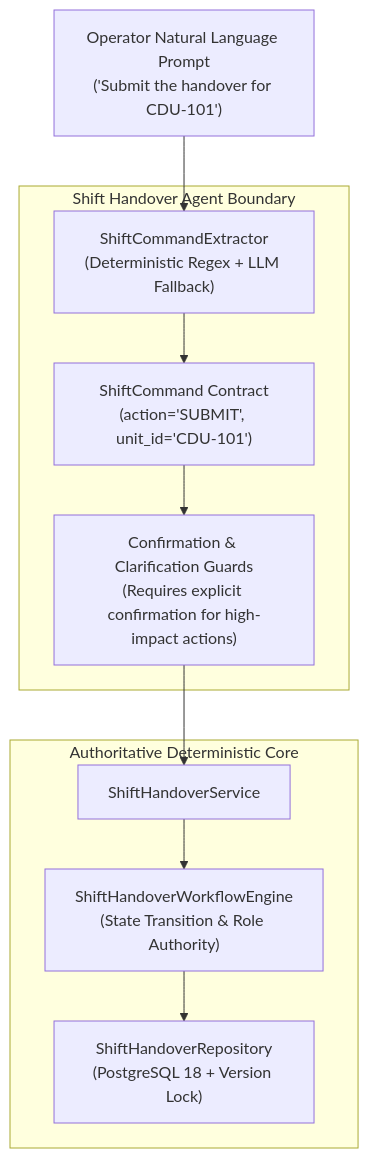
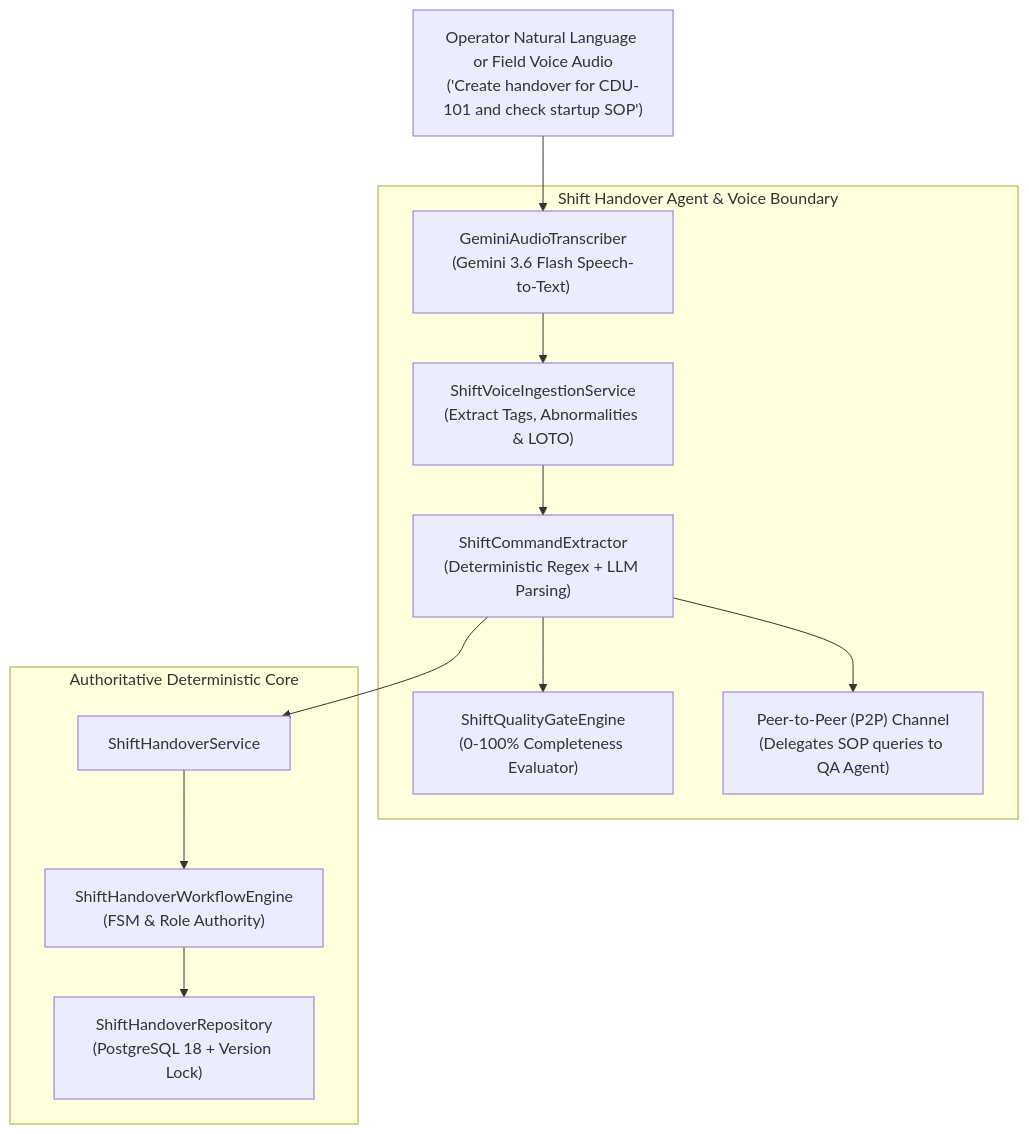
The diagram in DOCS/08_SHIFT_HANDOVER_AGENT.md (jasminbabariya22-eng/MASS-QA-Shift-Handover-Multi-Agent-Platform), drawn with Mermaid before and after one commit. The commit also changed other lines of this file and 9 other files, not shown here.

````diff
--- a/DOCS/08_SHIFT_HANDOVER_AGENT.md
+++ b/DOCS/08_SHIFT_HANDOVER_AGENT.md
@@ -13,19 +18,23 @@
 ```mermaid
 flowchart TD
-    PROMPT["Operator Natural Language Prompt<br/>('Submit the handover for CDU-101')"]
+    PROMPT["Operator Natural Language or Field Voice Audio<br/>('Create handover for CDU-101 and check startup SOP')"]
     
-    subgraph Agent_Boundary["Shift Handover Agent Boundary"]
-        EXTRACTOR["ShiftCommandExtractor<br/>(Deterministic Regex + LLM Fallback)"]
-        COMMAND["ShiftCommand Contract<br/>(action='SUBMIT', unit_id='CDU-101')"]
-        GUARD["Confirmation & Clarification Guards<br/>(Requires explicit confirmation for high-impact actions)"]
+    subgraph Agent_Boundary["Shift Handover Agent & Voice Boundary"]
+        VOICE["GeminiAudioTranscriber<br/>(Gemini 3.6 Flash Speech-to-Text)"]
+        INGEST["ShiftVoiceIngestionService<br/>(Extract Tags, Abnormalities & LOTO)"]
+        EXTRACTOR["ShiftCommandExtractor<br/>(Deterministic Regex + LLM Parsing)"]
+        QUALITY["ShiftQualityGateEngine<br/>(0-100% Completeness Evaluator)"]
+        P2P["Peer-to-Peer (P2P) Channel<br/>(Delegates SOP queries to QA Agent)"]
     end
 
     subgraph Deterministic_Core["Authoritative Deterministic Core"]
         SERVICE["ShiftHandoverService"]
-        ENGINE["ShiftHandoverWorkflowEngine<br/>(State Transition & Role Authority)"]
+        ENGINE["ShiftHandoverWorkflowEngine<br/>(FSM & Role Authority)"]
         REPO["ShiftHandoverRepository<br/>(PostgreSQL 18 + Version Lock)"]
     end
 
-    PROMPT --> EXTRACTOR --> COMMAND --> GUARD
-    GUARD --> SERVICE --> ENGINE --> REPO
+    PROMPT --> VOICE --> INGEST --> EXTRACTOR
+    EXTRACTOR --> QUALITY
+    EXTRACTOR --> P2P
+    EXTRACTOR --> SERVICE --> ENGINE --> REPO
 ```
````
